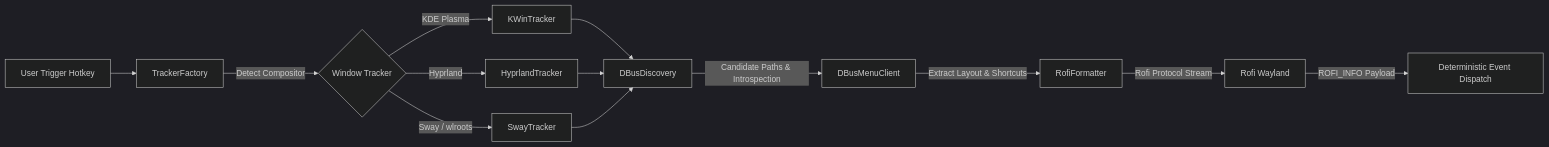
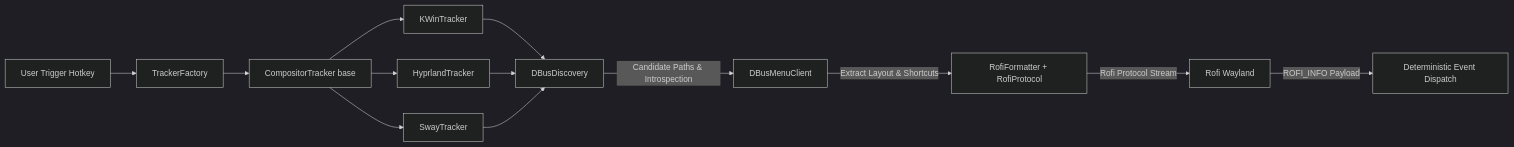
The diagram in README.md (sayoridev/rofi-wayland-hud), drawn with Mermaid (dark theme) before and after one commit. The commit also changed other lines of this file and 44 other files, not shown here.

First line of the commit message:
Refactor codebase into layered architecture with test suite

````diff
--- a/README.md
+++ b/README.md
@@ -64,13 +64,11 @@
 ```mermaid
 flowchart LR
     A[User Trigger Hotkey] --> B[TrackerFactory]
-    B -->|Detect Compositor| C{Window Tracker}
-    C -->|KDE Plasma| D[KWinTracker]
-    C -->|Hyprland| E[HyprlandTracker]
-    C -->|Sway / wlroots| F[SwayTracker]
+    B --> C[CompositorTracker base]
+    C --> D[KWinTracker] & E[HyprlandTracker] & F[SwayTracker]
     D & E & F --> G[DBusDiscovery]
     G -->|Candidate Paths & Introspection| H[DBusMenuClient]
-    H -->|Extract Layout & Shortcuts| I[RofiFormatter]
+    H -->|Extract Layout & Shortcuts| I[RofiFormatter + RofiProtocol]
     I -->|Rofi Protocol Stream| J[Rofi Wayland]
     J -->|ROFI_INFO Payload| K[Deterministic Event Dispatch]
 ```
````
